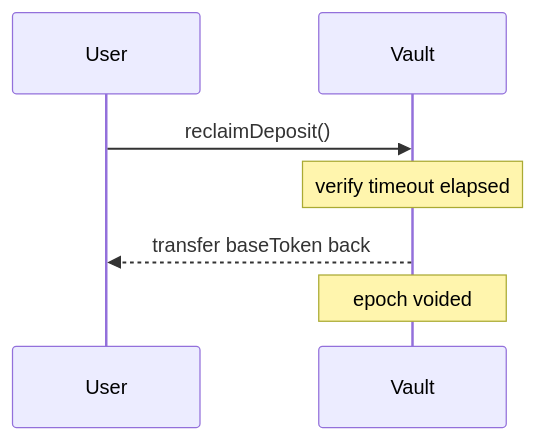
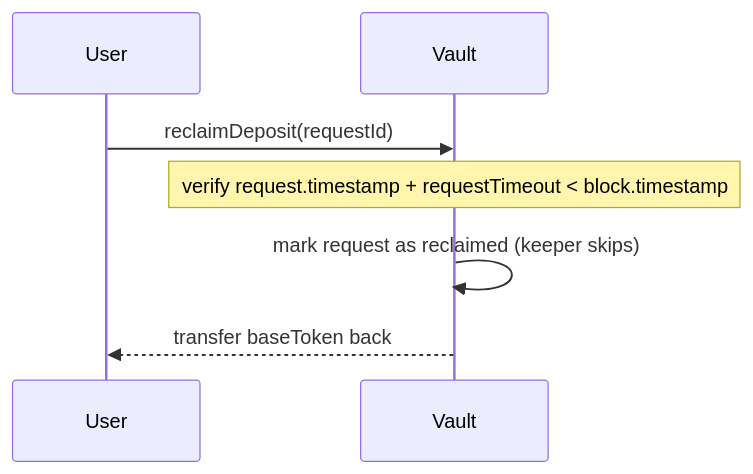
Before and after one commit to evgenynacu/leverage-vaults: the seventh of 8 diagrams in docs/architecture/token-flows.md, drawn with Mermaid. The commit also changed other lines of this file and 10 other files, not shown here.

````diff
--- a/docs/architecture/token-flows.md
+++ b/docs/architecture/token-flows.md
@@ -125,7 +128,7 @@
 ```mermaid
 sequenceDiagram
-    User->>Vault: reclaimDeposit()
-    Note over Vault: verify timeout elapsed
+    User->>Vault: reclaimDeposit(requestId)
+    Note over Vault: verify request.timestamp + requestTimeout < block.timestamp
+    Vault->>Vault: mark request as reclaimed (keeper skips)
     Vault-->>User: transfer baseToken back
-    Note over Vault: epoch voided
 ```
````
